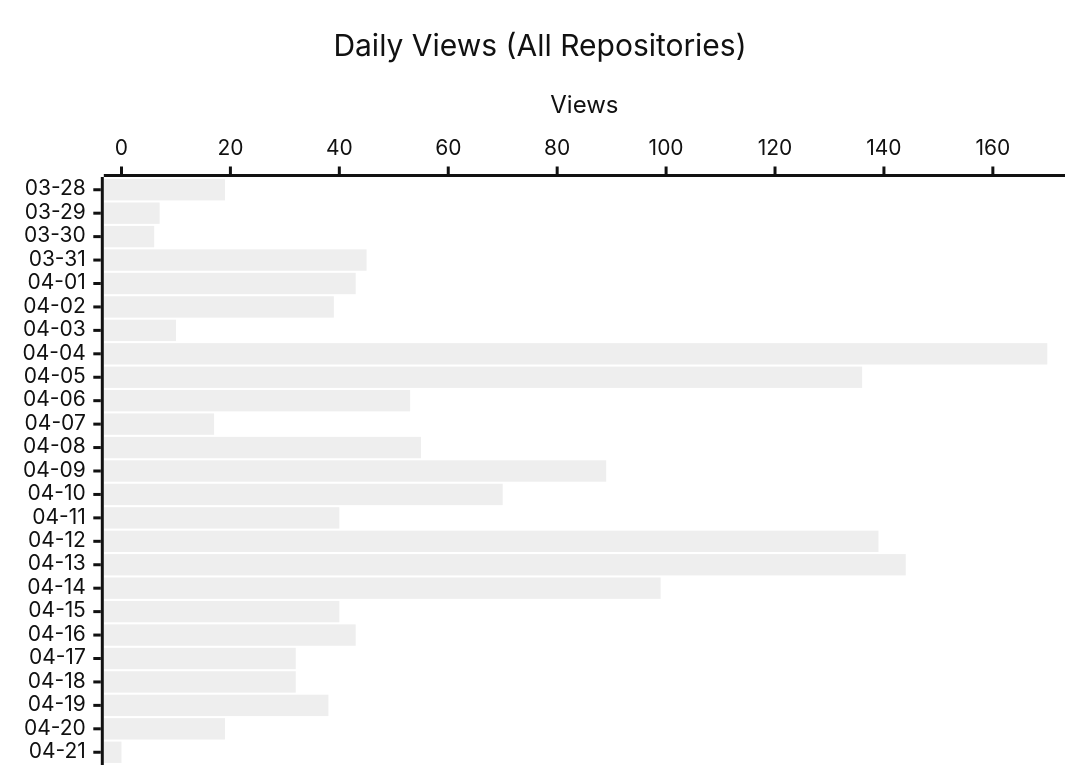
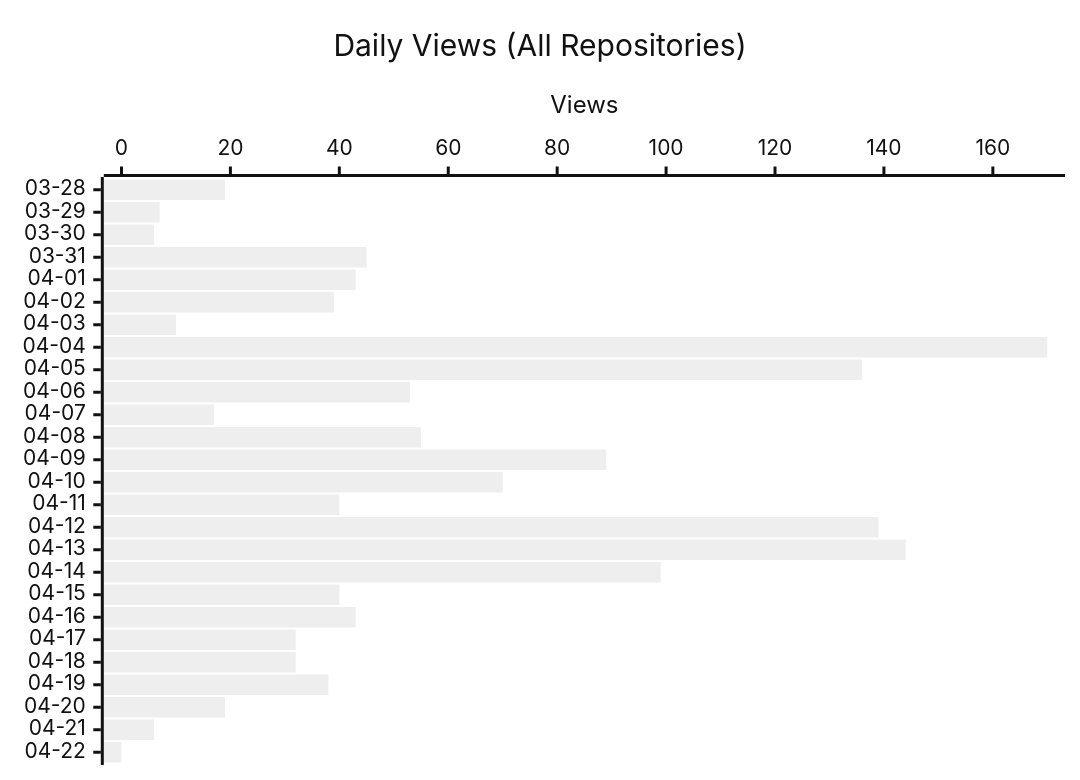
The second of 3 diagrams in README.md (shigechika/github-insights), drawn with Mermaid (neutral theme) before and after one commit. The commit also changed other lines of this file and 1 other file, not shown here.

````diff
--- a/README.md
+++ b/README.md
@@ -24,7 +24,7 @@
 ```mermaid
 xychart-beta horizontal
     title "Daily Views (All Repositories)"
-    x-axis ["03-28", "03-29", "03-30", "03-31", "04-01", "04-02", "04-03", "04-04", "04-05", "04-06", "04-07", "04-08", "04-09", "04-10", "04-11", "04-12", "04-13", "04-14", "04-15", "04-16", "04-17", "04-18", "04-19", "04-20", "04-21"]
+    x-axis ["03-28", "03-29", "03-30", "03-31", "04-01", "04-02", "04-03", "04-04", "04-05", "04-06", "04-07", "04-08", "04-09", "04-10", "04-11", "04-12", "04-13", "04-14", "04-15", "04-16", "04-17", "04-18", "04-19", "04-20", "04-21", "04-22"]
     y-axis "Views"
-    bar [19, 7, 6, 45, 43, 39, 10, 170, 136, 53, 17, 55, 89, 70, 40, 139, 144, 99, 40, 43, 32, 32, 38, 19, 0]
+    bar [19, 7, 6, 45, 43, 39, 10, 170, 136, 53, 17, 55, 89, 70, 40, 139, 144, 99, 40, 43, 32, 32, 38, 19, 6, 0]
 ```
````
